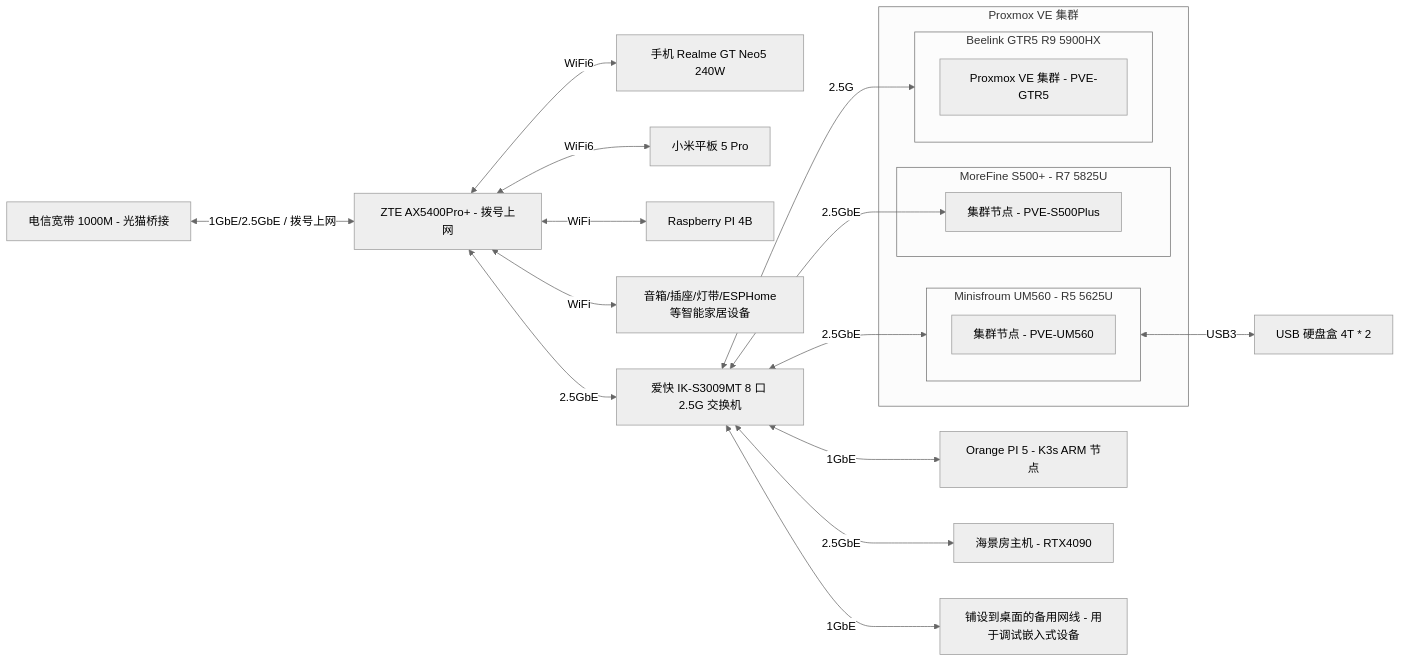
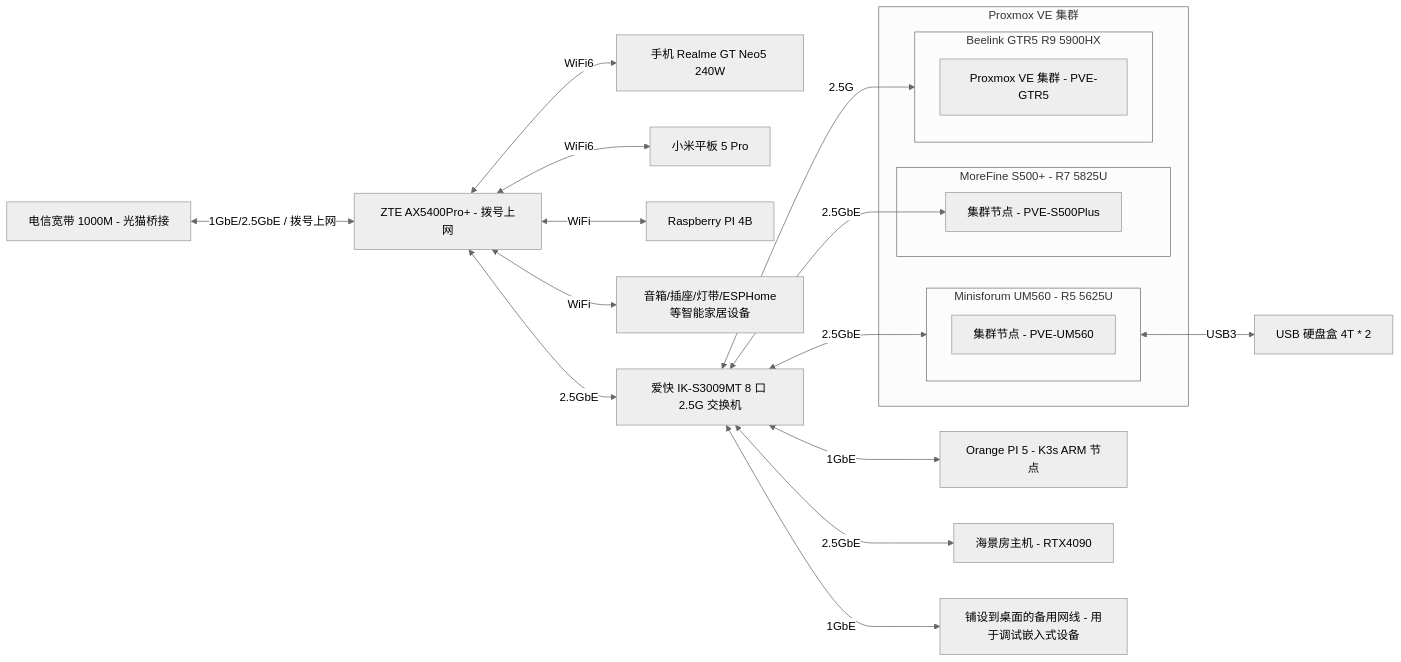
One commit to ryan4yin/knowledge changed the diagram in homelab/README.md. Above: the diagram before and after it, drawn with Mermaid (neutral theme). The commit also changed other lines of this file, not shown here.

````diff
--- a/homelab/README.md
+++ b/homelab/README.md
@@ -26,37 +26,37 @@
 ```mermaid
 graph LR
   WAN[电信宽带 1000M - 光猫桥接]
   edge_router[ZTE AX5400Pro+ - 拨号上网]
   WAN <-- 1GbE/2.5GbE / 拨号上网 --> edge_router
   
   edge_router <-- WiFi6 --> android1[手机 Realme GT Neo5 240W]
   edge_router <-- WiFi6 --> android_pad1[小米平板 5 Pro]
 	edge_router <-- WiFi --> raspberrypi[Raspberry PI 4B]
 	edge_router <-- WiFi --> SmartHomeDevices[音箱/插座/灯带/ESPHome等智能家居设备]
 
   edge_router <-- 2.5GbE --> switch[爱快 IK-S3009MT 8 口 2.5G 交换机]
   
   switch <-- 2.5GbE --> UM560
 	switch <-- 2.5GbE --> PVE-S500Plus
 	switch <-- 2.5G --> GTR5
 
   subgraph PVE-Cluster[Proxmox VE  集群]
-    subgraph UM560[Minisfroum UM560 - R5 5625U]
+    subgraph UM560[Minisforum UM560 - R5 5625U]
       PVE-UM560[集群节点 - PVE-UM560]
     end
 
     subgraph S500Plus[MoreFine S500+ - R7 5825U]
       PVE-S500Plus[集群节点 - PVE-S500Plus]
     end
 
     subgraph GTR5[Beelink GTR5 R9 5900HX]
       PVE-GTR5[Proxmox VE 集群 - PVE-GTR5]
     end
   end
   UM560 <-- USB3 --> USB-Storage1[USB 硬盘盒 4T * 2]
 
 	switch <-- 1GbE --> orangepi5[Orange PI 5 - K3s ARM 节点]
   switch <-- 2.5GbE --> RTX4090[海景房主机 - RTX4090]
 	switch <-- 1GbE --> backup[铺设到桌面的备用网线 - 用于调试嵌入式设备]
 
 ```
````
